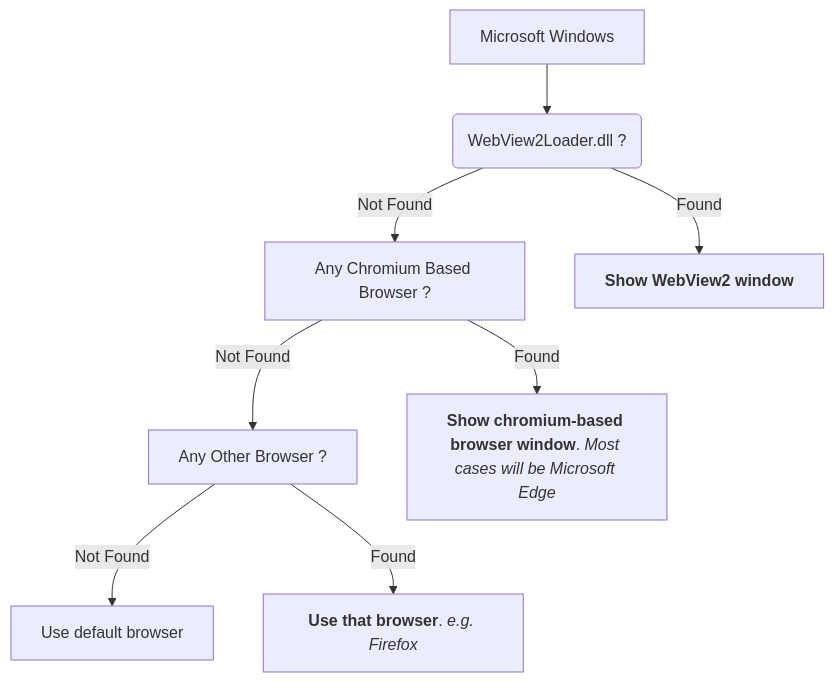
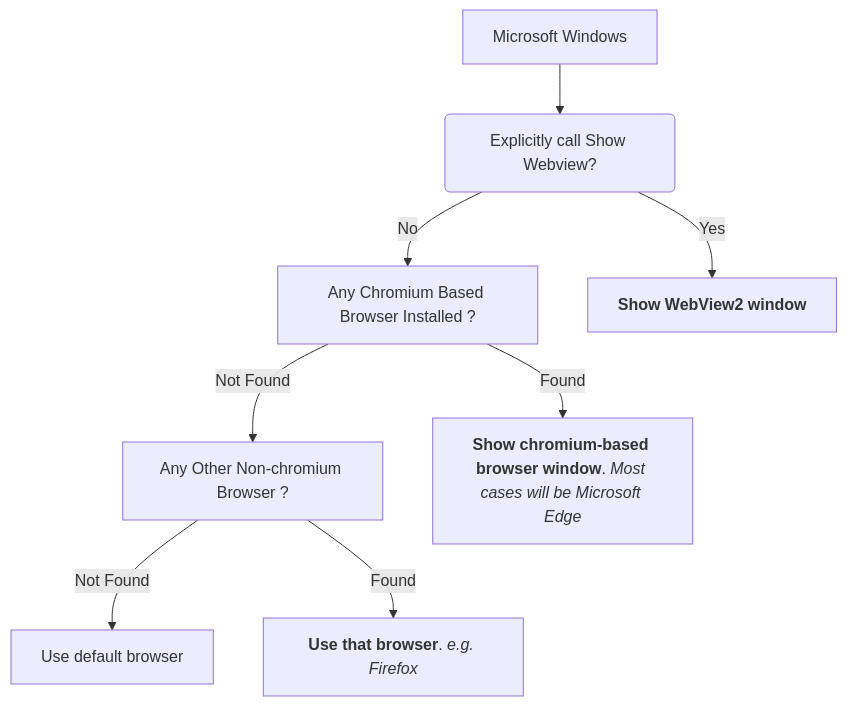
One commit to webui-dev/website changed the first of 3 diagrams in docs/README.md. Above: the diagram before and after it, drawn with Mermaid. The commit also changed other lines of this file and 12 other files, not shown here.

```diff
--- a/docs/README.md
+++ b/docs/README.md
@@ -257,10 +257,10 @@
 <div class="mermaid">
 flowchart TD
-    A[Microsoft Windows] --> B(WebView2Loader.dll ?)
-    B --> |Not Found| D[Any Chromium Based Browser ?]
-    B --> |Found| C[<strong>Show WebView2 window</strong>]
-    D --> |Not Found| F[Any Other Browser ?]
+    A[Microsoft Windows] --> B(Explicitly call Show Webview?)
+    B --> |No| D[Any Chromium Based Browser Installed ?]
+    B --> |Yes| C[<strong>Show WebView2 window</strong>]
+    D --> |Not Found| F[Any Other Non-chromium Browser ?]
     D --> |Found| E[<strong>Show chromium-based browser window</strong>. <em>Most cases will be Microsoft Edge</em>]
     F --> |Not Found| J[Use default browser]
     F --> |Found| I[<strong>Use that browser</strong>. <em>e.g. Firefox</em>]
 </div>
```
